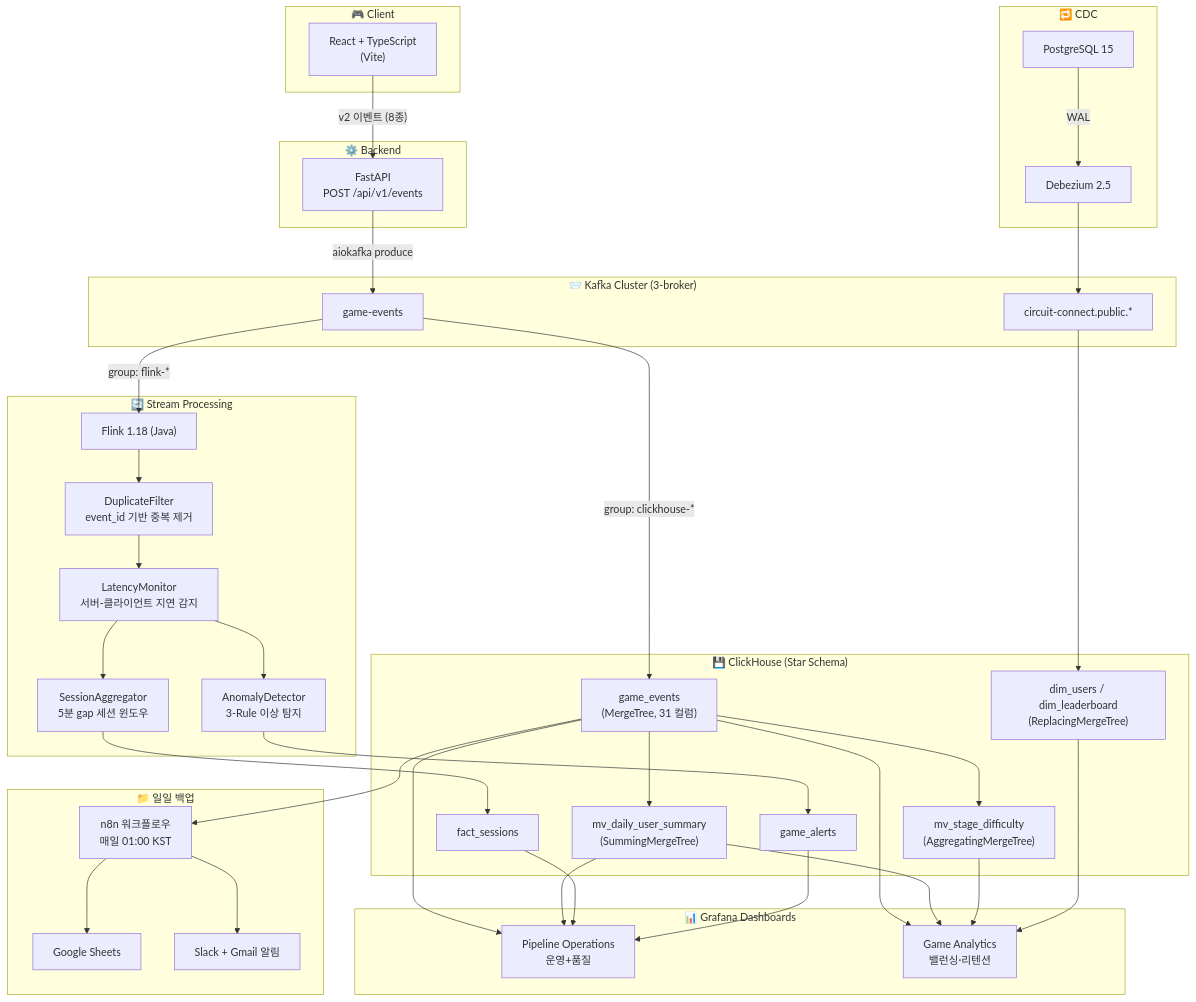
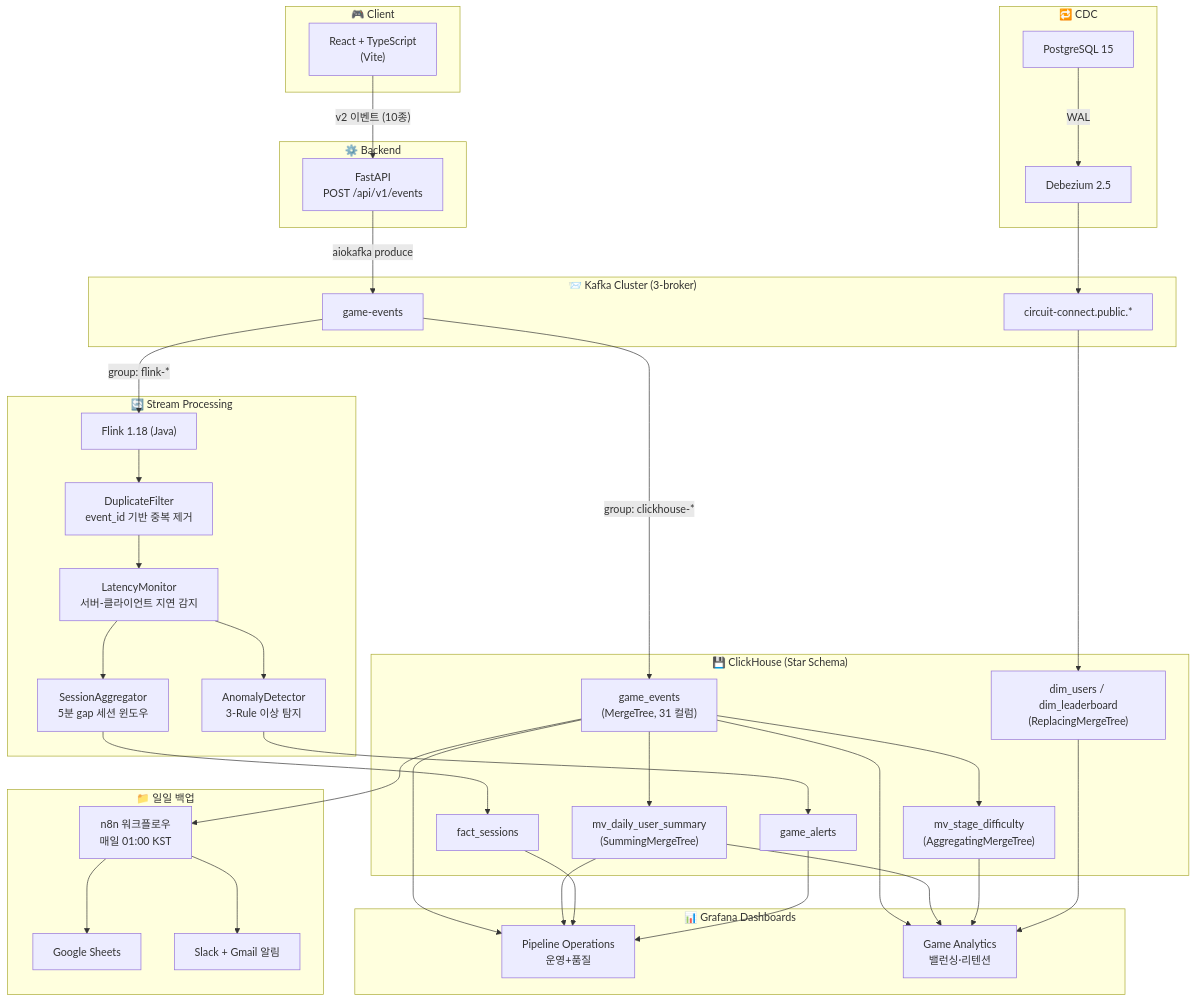
One commit to Aguantar/circuit-connect changed the diagram in README.md. Above: the diagram before and after it, drawn with Mermaid. The commit also changed other lines of this file, not shown here.

````diff
--- a/README.md
+++ b/README.md
@@ -40,80 +40,80 @@
 ```mermaid
 flowchart TB
     subgraph CLIENT["🎮 Client"]
         FE["React + TypeScript<br/>(Vite)"]
     end
 
     subgraph BACKEND["⚙️ Backend"]
         API["FastAPI<br/>POST /api/v1/events"]
     end
 
     subgraph KAFKA["📨 Kafka Cluster (3-broker)"]
         GE_TOPIC["game-events"]
         CDC_TOPIC["circuit-connect.public.*"]
     end
 
     subgraph STREAM["🔄 Stream Processing"]
         FLINK["Flink 1.18 (Java)"]
         DP["DuplicateFilter<br/>event_id 기반 중복 제거"]
         LM["LatencyMonitor<br/>서버-클라이언트 지연 감지"]
         SA["SessionAggregator<br/>5분 gap 세션 윈도우"]
         AD["AnomalyDetector<br/>3-Rule 이상 탐지"]
     end
 
     subgraph STORAGE["💾 ClickHouse (Star Schema)"]
         FACT["game_events<br/>(MergeTree, 31 컬럼)"]
         MV1["mv_daily_user_summary<br/>(SummingMergeTree)"]
         MV2["mv_stage_difficulty<br/>(AggregatingMergeTree)"]
         FS["fact_sessions"]
         GA["game_alerts"]
         DIM["dim_users / dim_leaderboard<br/>(ReplacingMergeTree)"]
     end
 
     subgraph CDC["🔁 CDC"]
         PG["PostgreSQL 15"]
         DBZ["Debezium 2.5"]
     end
 
     subgraph VIZ["📊 Grafana Dashboards"]
         D1["Pipeline Operations<br/>운영+품질"]
         D2["Game Analytics<br/>밸런싱·리텐션"]
     end
 
     subgraph BACKUP["📁 일일 백업"]
         N8N["n8n 워크플로우<br/>매일 01:00 KST"]
         GS["Google Sheets"]
         ALERT["Slack + Gmail 알림"]
     end
 
-    FE -- "v2 이벤트 (8종)" --> API
+    FE -- "v2 이벤트 (10종)" --> API
     API -- "aiokafka produce" --> GE_TOPIC
 
     GE_TOPIC -- "group: clickhouse-*" --> FACT
     GE_TOPIC -- "group: flink-*" --> FLINK
 
     FLINK --> DP --> LM
     LM --> SA --> FS
     LM --> AD --> GA
 
     FACT --> MV1
     FACT --> MV2
 
     PG -- "WAL" --> DBZ --> CDC_TOPIC --> DIM
 
     FACT --> D1 & D2
     MV1 --> D1 & D2
     MV2 --> D2
     FS --> D1
     GA --> D1
     DIM --> D2
 
     FACT --> N8N --> GS
     N8N --> ALERT
 
     classDef client fill:#1a1a2e,stroke:#e94560,color:#fff
     classDef backend fill:#16213e,stroke:#0f3460,color:#fff
     classDef kafka fill:#1a1a2e,stroke:#f39c12,color:#fff
     classDef flink fill:#0d1b2a,stroke:#00b4d8,color:#fff
     classDef storage fill:#1b2838,stroke:#48cae4,color:#fff
     classDef viz fill:#1a1a2e,stroke:#06d6a0,color:#fff
 ```
````
